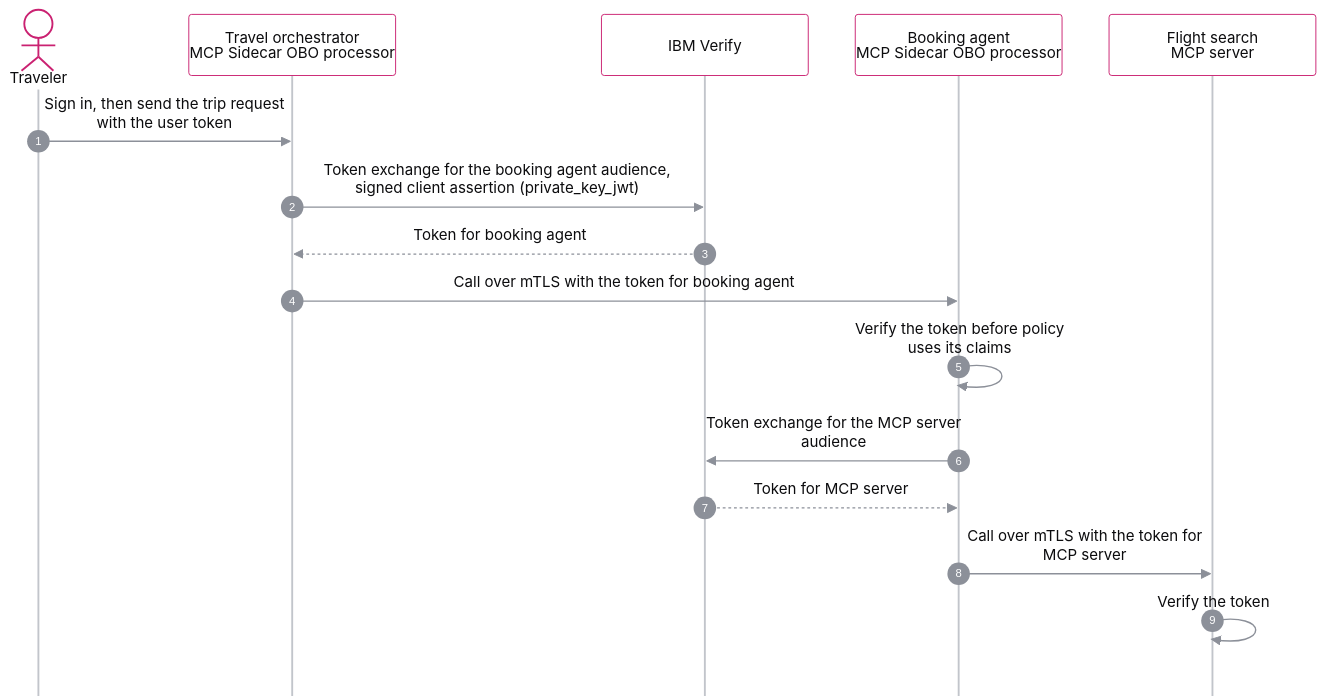
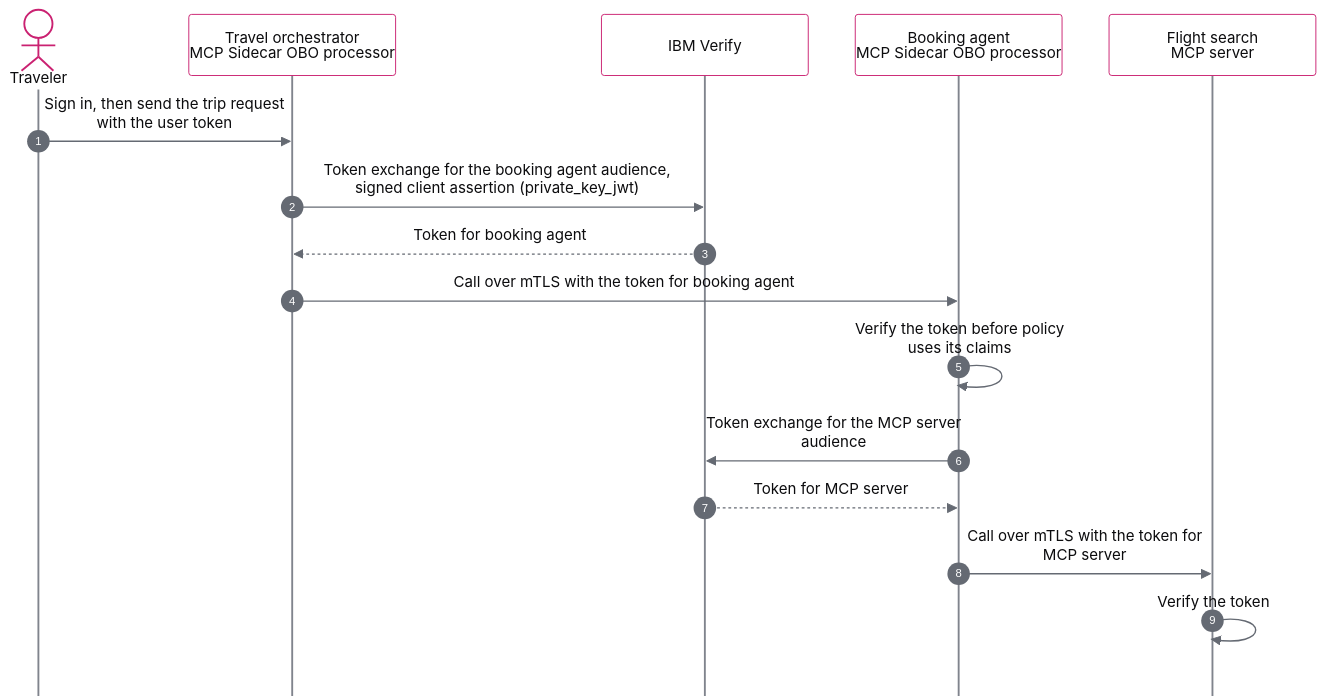
The diagram in content/consul/v2.1.x/diagram-sources/obo-token-exchange_light.mmd (hashicorp/web-unified-docs), drawn with Mermaid before and after one commit. The commit also changed 34 other files, not shown here.

First line of the commit message:
Raise diagram contrast and add a non-color cue for ARF components

```diff
--- a/content/consul/v2.1.x/diagram-sources/obo-token-exchange_light.mmd
+++ b/content/consul/v2.1.x/diagram-sources/obo-token-exchange_light.mmd
@@ -1,18 +1,18 @@
-%%{init: {"theme":"base","fontFamily":"Helvetica, Arial, sans-serif","flowchart":{"curve":"step","nodeSpacing":60,"rankSpacing":75,"htmlLabels":true},"themeVariables":{"fontFamily":"Helvetica, Arial, sans-serif","fontSize":"16px","background":"#ffffff","primaryColor":"#ffffff","primaryBorderColor":"#c2c5cb","primaryTextColor":"#0c0c0e","lineColor":"#8c9099","clusterBkg":"#f4f5f7","clusterBorder":"#c2c5cb","titleColor":"#0c0c0e","edgeLabelBackground":"#ffffff","actorBkg":"#ffffff","actorBorder":"#ca2171","actorTextColor":"#0c0c0e","actorLineColor":"#c2c5cb","signalColor":"#8c9099","signalTextColor":"#0c0c0e","noteBkgColor":"#f4f5f7","noteBorderColor":"#c2c5cb","noteTextColor":"#0c0c0e","activationBkgColor":"#fdf2f6","activationBorderColor":"#e5a3bd","sequenceNumberColor":"#ffffff"},"sequence":{"mirrorActors":false,"width":220,"actorMargin":50,"messageMargin":50,"boxMargin":10,"noteMargin":12,"wrap":true}}}%%
+%%{init: {"theme":"base","fontFamily":"Helvetica, Arial, sans-serif","flowchart":{"curve":"step","nodeSpacing":60,"rankSpacing":75,"htmlLabels":true},"themeVariables":{"fontFamily":"Helvetica, Arial, sans-serif","fontSize":"16px","background":"#ffffff","primaryColor":"#ffffff","primaryBorderColor":"#80848d","primaryTextColor":"#0c0c0e","lineColor":"#656a73","clusterBkg":"#f4f5f7","clusterBorder":"#80848d","titleColor":"#0c0c0e","edgeLabelBackground":"#ffffff","actorBkg":"#ffffff","actorBorder":"#ca2171","actorTextColor":"#0c0c0e","actorLineColor":"#80848d","signalColor":"#656a73","signalTextColor":"#0c0c0e","noteBkgColor":"#f4f5f7","noteBorderColor":"#80848d","noteTextColor":"#0c0c0e","activationBkgColor":"#fdf2f6","activationBorderColor":"#c1527f","sequenceNumberColor":"#ffffff"},"sequence":{"mirrorActors":false,"width":220,"actorMargin":50,"messageMargin":50,"boxMargin":10,"noteMargin":12,"wrap":true}}}%%
 sequenceDiagram
   autonumber
   actor traveler as Traveler
   participant orch as Travel orchestrator<br/>MCP Sidecar OBO processor
   participant idp as IBM Verify
   participant booking as Booking agent<br/>MCP Sidecar OBO processor
   participant mcp as Flight search<br/>MCP server
 
   traveler->>orch: Sign in, then send the trip request with the user token
   orch->>idp: Token exchange for the booking agent audience,<br/>signed client assertion (private_key_jwt)
   idp-->>orch: Token for booking agent
   orch->>booking: Call over mTLS with the token for booking agent
   booking->>booking: Verify the token before policy uses its claims
   booking->>idp: Token exchange for the MCP server audience
   idp-->>booking: Token for MCP server
   booking->>mcp: Call over mTLS with the token for MCP server
   mcp->>mcp: Verify the token
```
